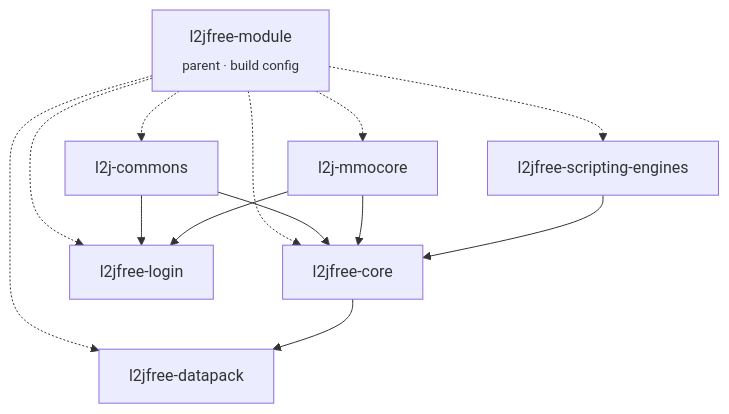
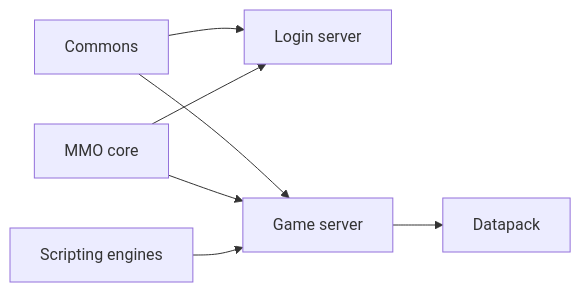
One commit to l2go/l2jfree changed the diagram in README.md. Above: the diagram before and after it, drawn with Mermaid. The commit also changed other lines of this file and 1 other file, not shown here.

````diff
--- a/README.md
+++ b/README.md
@@ -35,14 +45,9 @@
 ```mermaid
-graph TD
-    mod[l2jfree-module<br/><sub>parent · build config</sub>] -.-> commons[l2j-commons]
-    mod -.-> mmocore[l2j-mmocore]
-    mod -.-> script[l2jfree-scripting-engines]
-    mod -.-> core[l2jfree-core]
-    mod -.-> login[l2jfree-login]
-    mod -.-> datapack[l2jfree-datapack]
-    commons --> core --> datapack
-    mmocore --> core
-    script --> core
-    commons --> login
-    mmocore --> login
+flowchart LR
+    A[Commons] --> C[Login server]
+    B[MMO core] --> C
+    A --> D[Game server]
+    B --> D
+    E[Scripting engines] --> D
+    D --> F[Datapack]
 ```
````
